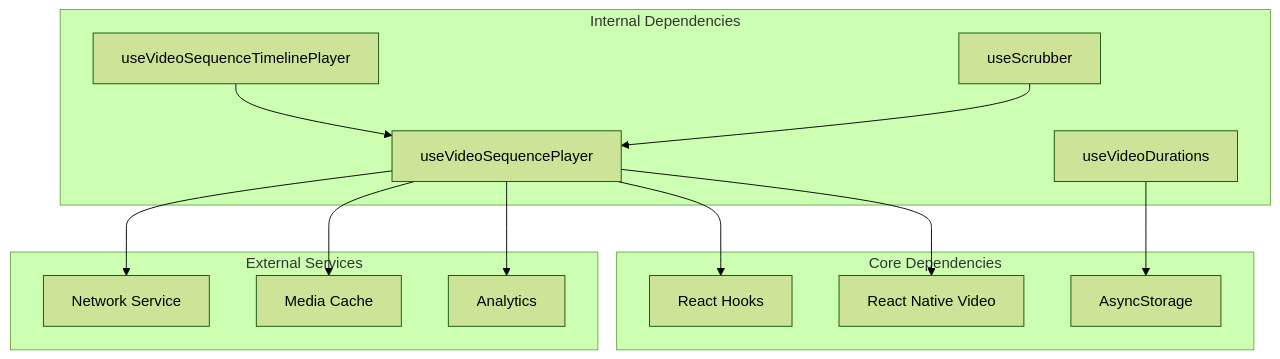
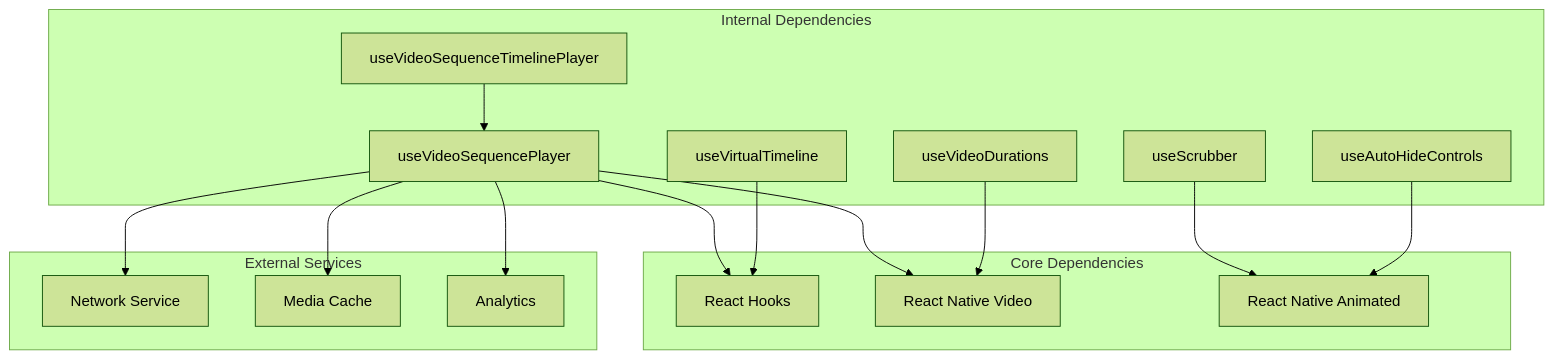
The seventh of 7 diagrams in .qoder/repowiki/en/content/State Management/Video Sequence State Management.md (156258852/video-rn), drawn with Mermaid (forest theme) before and after one commit. The commit also changed other lines of this file and 5 other files, not shown here.

````diff
--- a/.qoder/repowiki/en/content/State Management/Video Sequence State Management.md
+++ b/.qoder/repowiki/en/content/State Management/Video Sequence State Management.md
@@ -269,27 +314,31 @@
 ```mermaid
 graph TB
 subgraph "Core Dependencies"
 REACT[React Hooks]
-RN[React Native Video]
-STORAGE[AsyncStorage]
+RNV[React Native Video]
+ANIM[React Native Animated]
 end
 subgraph "Internal Dependencies"
 VSP[useVideoSequencePlayer]
 VTSP[useVideoSequenceTimelinePlayer]
 VD[useVideoDurations]
 SCRUB[useScrubber]
+VTL[useVirtualTimeline]
+AHC[useAutoHideControls]
 end
 subgraph "External Services"
 NETWORK[Network Service]
 CACHE[Media Cache]
 METRICS[Analytics]
 end
 VSP --> REACT
-VSP --> RN
+VSP --> RNV
 VTSP --> VSP
-VD --> STORAGE
-SCRUB --> VSP
+VD --> RNV
+SCRUB --> ANIM
+VTL --> REACT
+AHC --> ANIM
 VSP --> NETWORK
 VSP --> CACHE
 VSP --> METRICS
 ```
````
